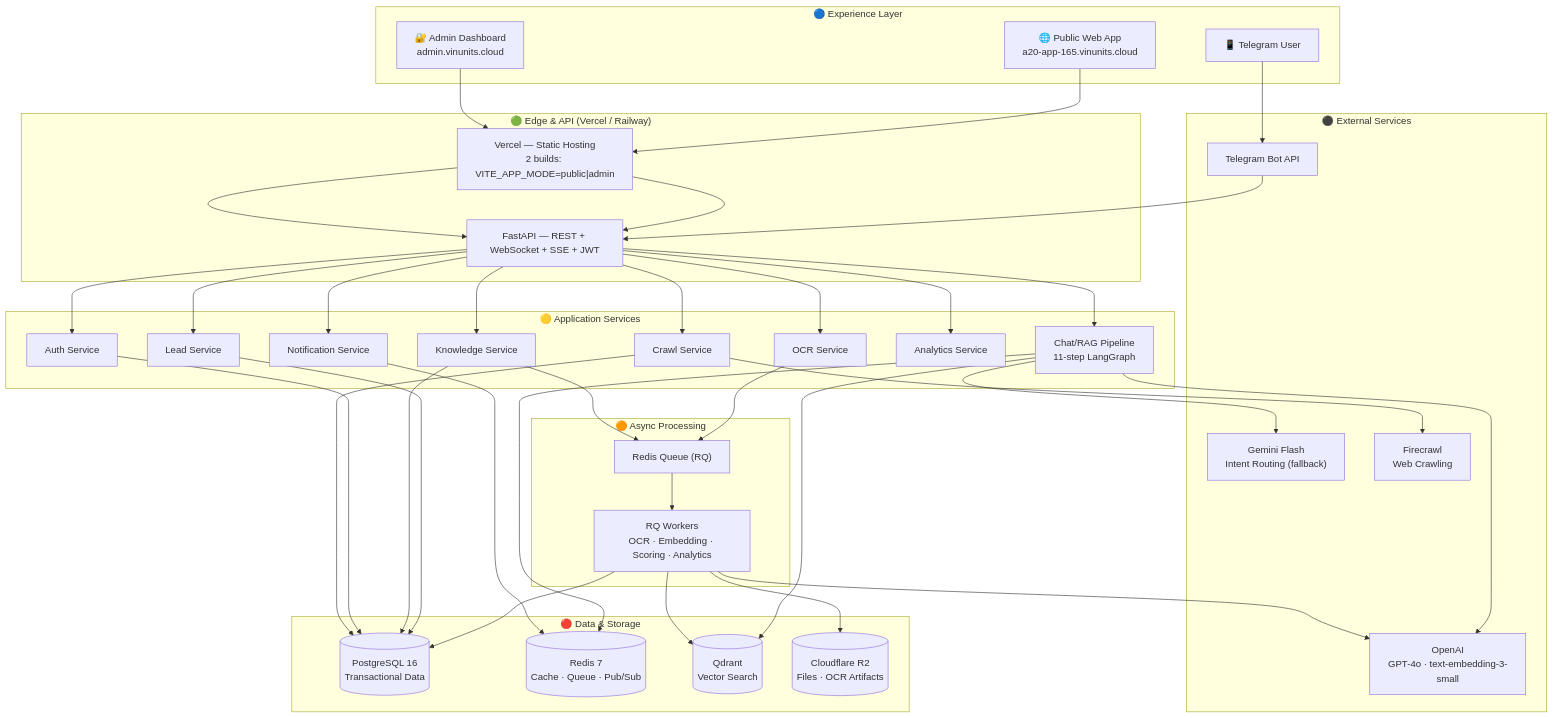
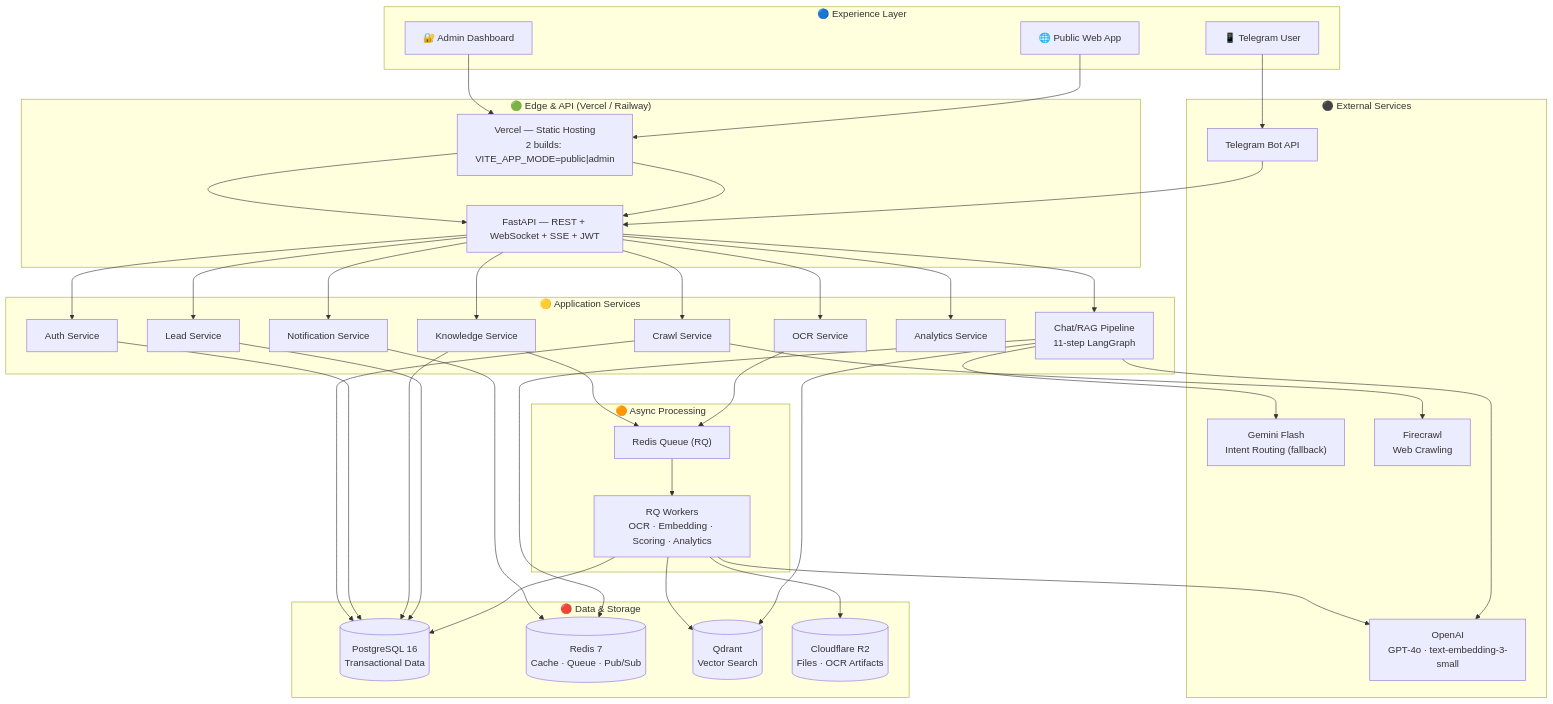
Before and after one commit to HuyBaoo1/Thesis-Chatbot-AI-2026: the first of 4 diagrams in README.md, drawn with Mermaid. The commit also changed other lines of this file and 80 other files, not shown here.

````diff
--- a/README.md
+++ b/README.md
@@ -86,75 +88,75 @@
 ```mermaid
 flowchart TB
   subgraph L1["🔵 Experience Layer"]
-    PUB["🌐 Public Web App<br/>a20-app-165.vinunits.cloud"]
-    ADM["🔐 Admin Dashboard<br/>admin.vinunits.cloud"]
+    PUB["🌐 Public Web App<br/><public-domain>"]
+    ADM["🔐 Admin Dashboard<br/><admin-domain>"]
     TEL["📱 Telegram User"]
   end
 
   subgraph L2["🟢 Edge & API (Vercel / Railway)"]
     VERCEL["Vercel — Static Hosting<br/>2 builds: VITE_APP_MODE=public|admin"]
     API["FastAPI — REST + WebSocket + SSE + JWT"]
   end
 
   subgraph L3["🟡 Application Services"]
     AUTH["Auth Service"]
     CHAT["Chat/RAG Pipeline<br/>11-step LangGraph"]
     LEAD["Lead Service"]
     KB["Knowledge Service"]
     OCR["OCR Service"]
     CRAWL["Crawl Service"]
     ANL["Analytics Service"]
     NOTI["Notification Service"]
   end
 
   subgraph L4["🟠 Async Processing"]
     QUEUE["Redis Queue (RQ)"]
     WORKER["RQ Workers<br/>OCR · Embedding · Scoring · Analytics"]
   end
 
   subgraph L5["🔴 Data & Storage"]
     PG[("PostgreSQL 16<br/>Transactional Data")]
     REDIS[("Redis 7<br/>Cache · Queue · Pub/Sub")]
     QDRANT[("Qdrant<br/>Vector Search")]
     R2[("Cloudflare R2<br/>Files · OCR Artifacts")]
   end
 
   subgraph L6["⚫ External Services"]
     OPENAI["OpenAI<br/>GPT-4o · text-embedding-3-small"]
     GEMINI["Gemini Flash<br/>Intent Routing (fallback)"]
     FIRECRAWL["Firecrawl<br/>Web Crawling"]
     TGBOT["Telegram Bot API"]
   end
 
   PUB --> VERCEL --> API
   ADM --> VERCEL --> API
   TEL --> TGBOT --> API
 
   API --> AUTH
   API --> CHAT
   API --> LEAD
   API --> KB
   API --> OCR
   API --> CRAWL
   API --> ANL
   API --> NOTI
 
   CHAT --> OPENAI
   CHAT --> GEMINI
   CHAT --> QDRANT
   CHAT --> REDIS
   CRAWL --> FIRECRAWL
 
   OCR --> QUEUE --> WORKER
   KB --> QUEUE
   WORKER --> QDRANT
   WORKER --> R2
   WORKER --> PG
   WORKER --> OPENAI
 
   LEAD --> PG
   KB --> PG
   AUTH --> PG
   CRAWL --> PG
   NOTI --> REDIS
 ```
````
